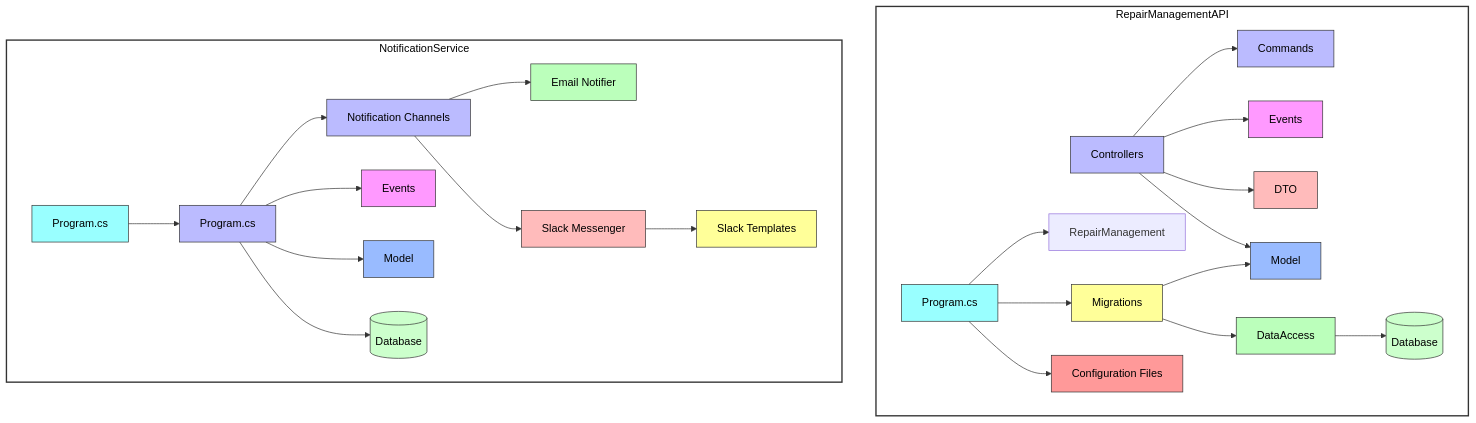
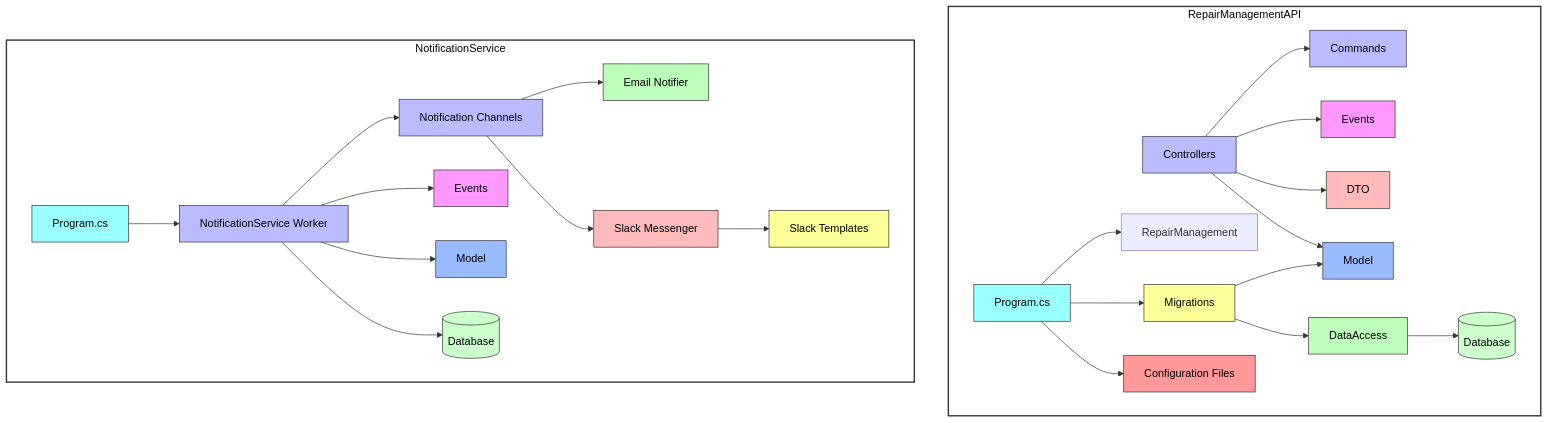
The third of 3 diagrams in src/README.md (hanaim-devops/pitstop-team-luna), drawn with Mermaid before and after one commit.

````diff
--- a/src/README.md
+++ b/src/README.md
@@ -64,71 +64,71 @@
 ```mermaid
 graph TD
     subgraph RepairManagementAPI
         RepairManagementControllers[Controllers]
         RepairManagementCommands[Commands]
         RepairManagementDataAccess[DataAccess]
         RepairManagementDTO[DTO]
         RepairManagementEvents[Events]
         RepairManagementMigrations[Migrations]
         RepairManagementModel[Model]
         RepairManagementConfiguration[Configuration Files]
         RepairManagementProgram[Program.cs]
         RepairManagementDatabase[(Database)]
 
         RepairManagementProgram --> RepairManagement
         RepairManagementProgram --> RepairManagementMigrations
         RepairManagementProgram --> RepairManagementConfiguration
         RepairManagementControllers --> RepairManagementCommands
         RepairManagementControllers --> RepairManagementEvents
         RepairManagementControllers --> RepairManagementDTO
         RepairManagementControllers --> RepairManagementModel
         RepairManagementMigrations --> RepairManagementModel
         RepairManagementMigrations --> RepairManagementDataAccess
         RepairManagementDataAccess --> RepairManagementDatabase
 
     end
 
     subgraph NotificationService
         NotificationChannels[Notification Channels]
         NotificationServiceEmailNotifier[Email Notifier]
         NotificationServiceSlackMessenger[Slack Messenger]
         NotificationServiceEvents[Events]
         NotificationServiceModel[Model]
         NotificationServiceTemplates[Slack Templates]
         NotificationServiceProgram[Program.cs]
-        NotificationServiceWorker[Program.cs]
+        NotificationServiceWorker[NotificationService Worker]
         NotificationServiceRepository[(Database)]
         NotificationServiceProgram-->NotificationServiceWorker
         NotificationServiceWorker --> NotificationChannels
         NotificationServiceWorker --> NotificationServiceEvents
         NotificationServiceWorker --> NotificationServiceModel
         NotificationServiceWorker --> NotificationServiceRepository
         NotificationChannels --> NotificationServiceEmailNotifier
         NotificationChannels --> NotificationServiceSlackMessenger
         NotificationServiceSlackMessenger --> NotificationServiceTemplates
     end
 
 
     style RepairManagementAPI fill:#fff,stroke:#333,stroke-width:2px,color:#000000
     style RepairManagementControllers fill:#bbf,stroke:#333,stroke-width:1px,color:#000000
     style RepairManagementCommands fill:#bbf,stroke:#333,stroke-width:1px,color:#000000
     style RepairManagementDataAccess fill:#bfb,stroke:#333,stroke-width:1px,color:#000000
     style RepairManagementDTO fill:#fbb,stroke:#333,stroke-width:1px,color:#000000
     style RepairManagementEvents fill:#f9f,stroke:#333,stroke-width:1px,color:#000000
     style RepairManagementMigrations fill:#ff9,stroke:#333,stroke-width:1px,color:#000000
     style RepairManagementModel fill:#9bf,stroke:#333,stroke-width:1px,color:#000000
     style RepairManagementConfiguration fill:#f99,stroke:#333,stroke-width:1px,color:#000000
     style RepairManagementProgram fill:#9ff,stroke:#333,stroke-width:1px,color:#000000
     style RepairManagementDatabase fill:#cfc,stroke:#333,stroke-width:1px,color:#000000
     style NotificationService fill:#fff,stroke:#333,stroke-width:2px,color:#000000
     style NotificationChannels fill:#bbf,stroke:#333,stroke-width:1px,color:#000000
     style NotificationServiceEmailNotifier fill:#bfb,stroke:#333,stroke-width:1px,color:#000000
     style NotificationServiceSlackMessenger fill:#fbb,stroke:#333,stroke-width:1px,color:#000000
     style NotificationServiceEvents fill:#f9f,stroke:#333,stroke-width:1px,color:#000000
     style NotificationServiceModel fill:#9bf,stroke:#333,stroke-width:1px,color:#000000
     style NotificationServiceTemplates fill:#ff9,stroke:#333,stroke-width:1px,color:#000000
     style NotificationServiceProgram fill:#9ff,stroke:#333,stroke-width:1px,color:#000000
     style NotificationServiceRepository fill:#cfc,stroke:#333,stroke-width:1px,color:#000000
     style NotificationServiceWorker fill:#bbf,stroke:#333,stroke-width:1px,color:#000000
     
 ```
````
